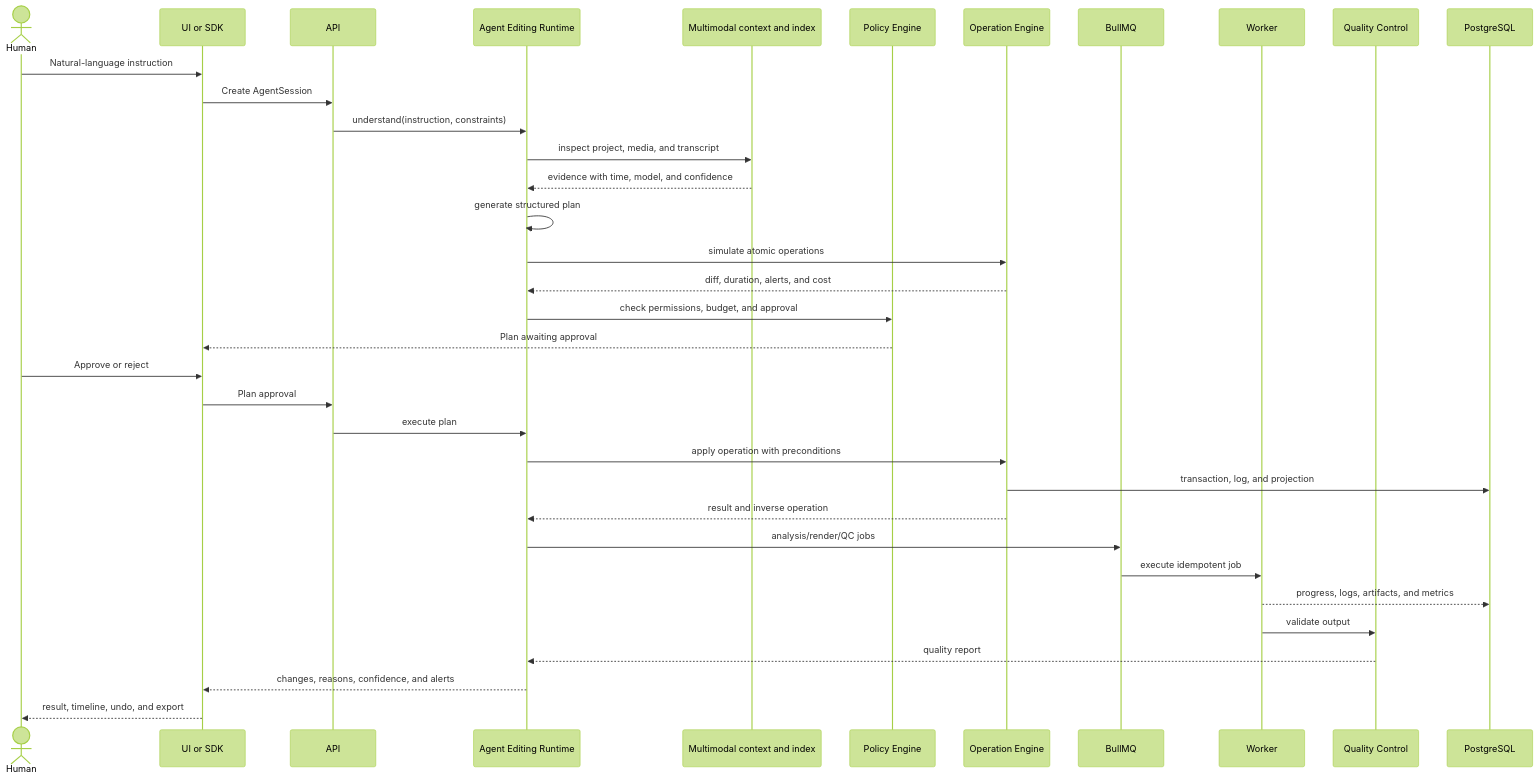
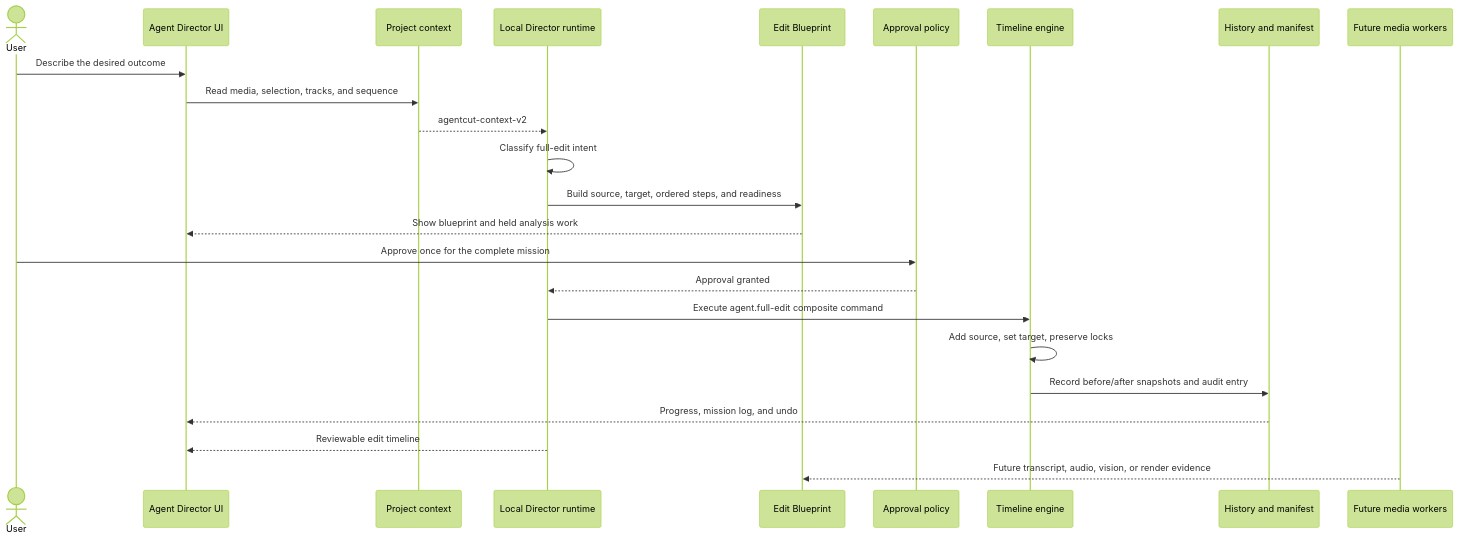
The diagram in docs/architecture/agent-flow.mmd (gnustella-lab/AgentCut), drawn with Mermaid (forest theme) before and after one commit. The commit also changed 10 other files, not shown here.

```diff
--- a/docs/architecture/agent-flow.mmd
+++ b/docs/architecture/agent-flow.mmd
@@ -1,36 +1,25 @@
 sequenceDiagram
-    actor Human as Human
-    participant UI as UI or SDK
-    participant API as API
-    participant RT as Agent Editing Runtime
-    participant IDX as Multimodal context and index
-    participant POL as Policy Engine
-    participant OP as Operation Engine
-    participant Q as BullMQ
-    participant W as Worker
-    participant QC as Quality Control
-    participant DB as PostgreSQL
+    actor Human as User
+    participant UI as Agent Director UI
+    participant CTX as Project context
+    participant RT as Local Director runtime
+    participant BP as Edit Blueprint
+    participant POL as Approval policy
+    participant TL as Timeline engine
+    participant HIST as History and manifest
+    participant FUTURE as Future media workers
 
-    Human->>UI: Natural-language instruction
-    UI->>API: Create AgentSession
-    API->>RT: understand(instruction, constraints)
-    RT->>IDX: inspect project, media, and transcript
-    IDX-->>RT: evidence with time, model, and confidence
-    RT->>RT: generate structured plan
-    RT->>OP: simulate atomic operations
-    OP-->>RT: diff, duration, alerts, and cost
-    RT->>POL: check permissions, budget, and approval
-    POL-->>UI: Plan awaiting approval
-    Human->>UI: Approve or reject
-    UI->>API: Plan approval
-    API->>RT: execute plan
-    RT->>OP: apply operation with preconditions
-    OP->>DB: transaction, log, and projection
-    OP-->>RT: result and inverse operation
-    RT->>Q: analysis/render/QC jobs
-    Q->>W: execute idempotent job
-    W-->>DB: progress, logs, artifacts, and metrics
-    W->>QC: validate output
-    QC-->>RT: quality report
-    RT-->>UI: changes, reasons, confidence, and alerts
-    UI-->>Human: result, timeline, undo, and export
+    Human->>UI: Describe the desired outcome
+    UI->>CTX: Read media, selection, tracks, and sequence
+    CTX-->>RT: agentcut-context-v2
+    RT->>RT: Classify full-edit intent
+    RT->>BP: Build source, target, ordered steps, and readiness
+    BP-->>UI: Show blueprint and held analysis work
+    Human->>POL: Approve once for the complete mission
+    POL-->>RT: Approval granted
+    RT->>TL: Execute agent.full-edit composite command
+    TL->>TL: Add source, set target, preserve locks
+    TL->>HIST: Record before/after snapshots and audit entry
+    HIST-->>UI: Progress, mission log, and undo
+    RT-->>UI: Reviewable edit timeline
+    FUTURE-->>BP: Future transcript, audio, vision, or render evidence
```
